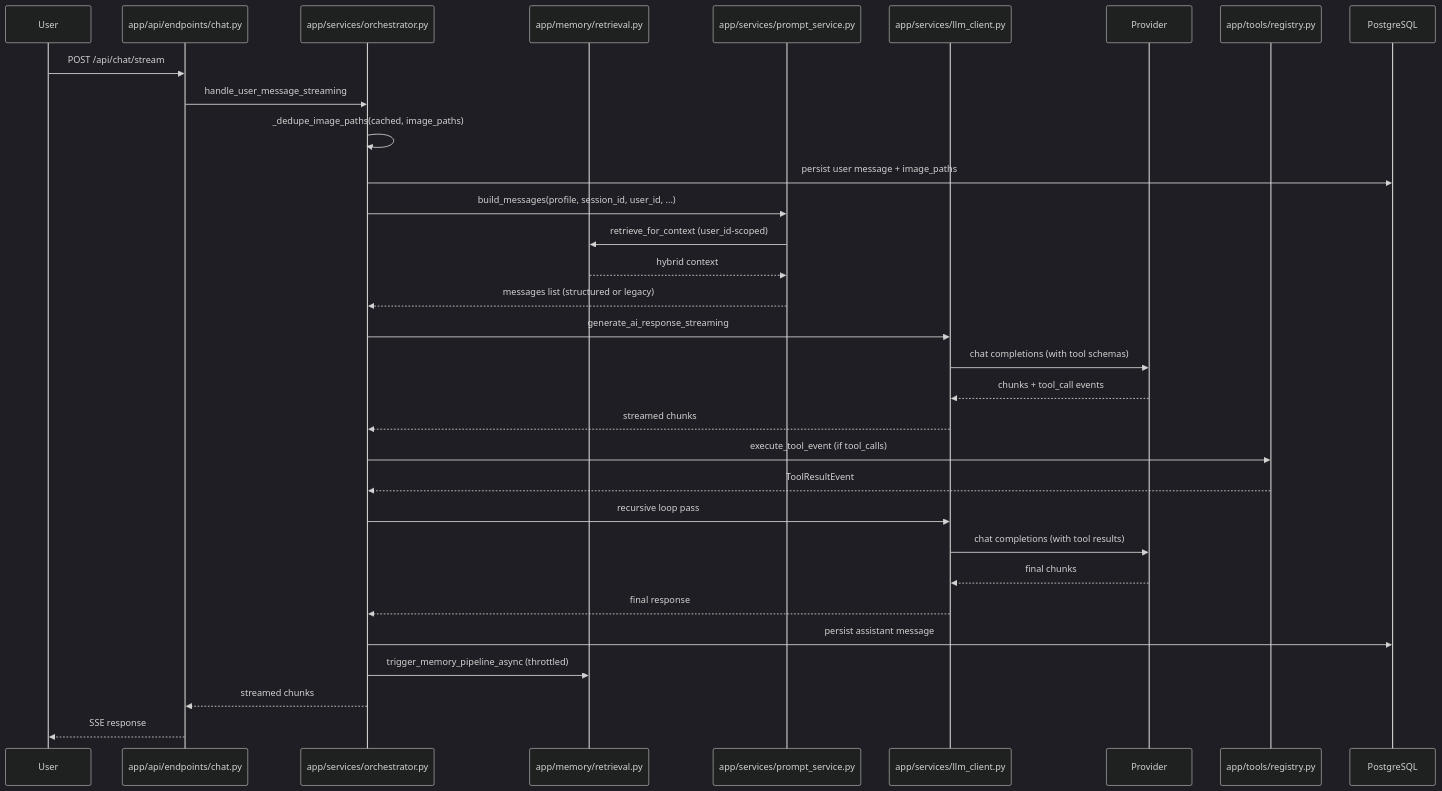
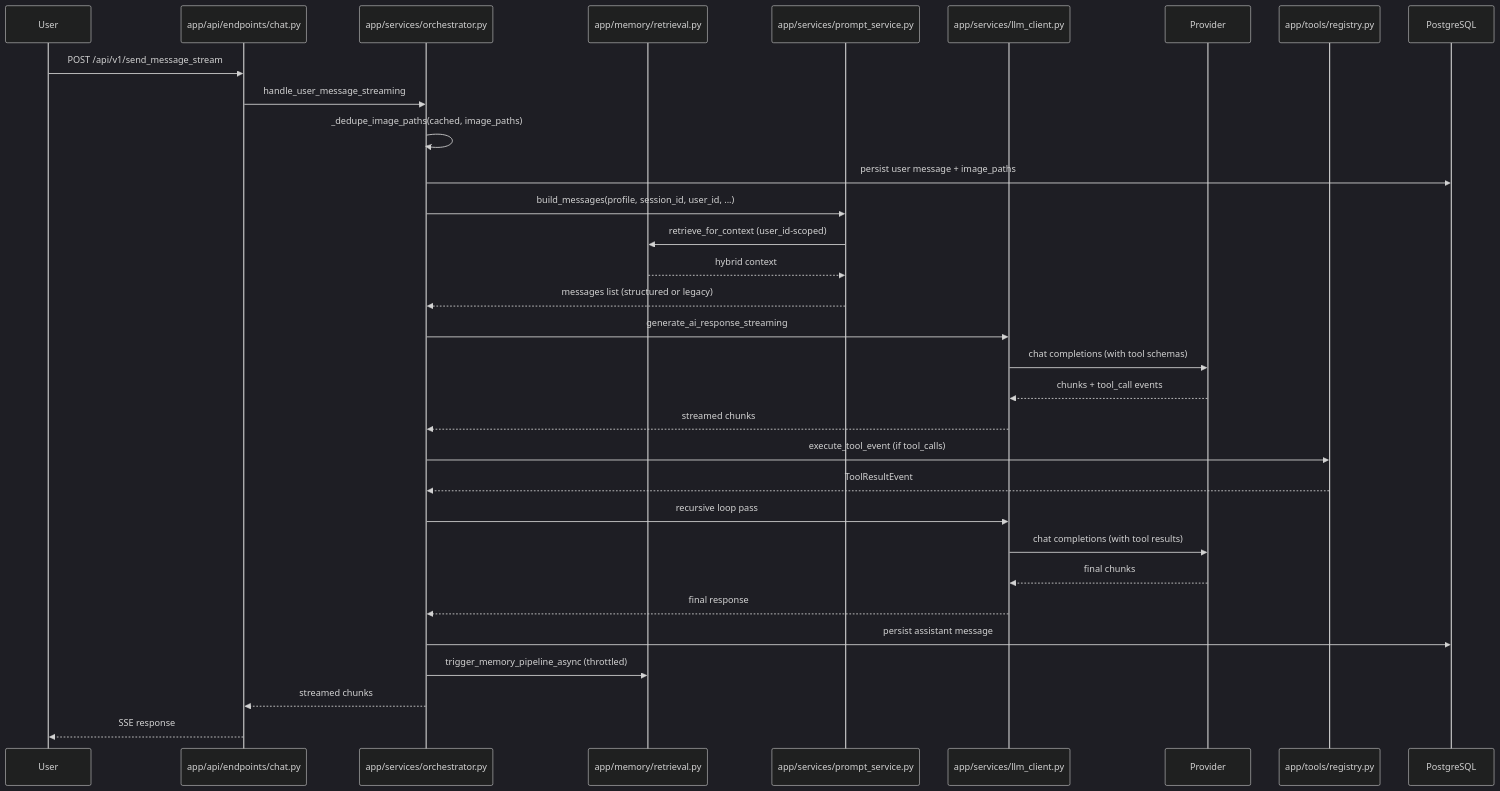
One commit to icedeyes12/yuzu-core changed the seventh of 7 diagrams in app/README.md. Above: the diagram before and after it, drawn with Mermaid (dark theme). The commit also changed other lines of this file and 30 other files, not shown here.

````diff
--- a/app/README.md
+++ b/app/README.md
@@ -542,35 +542,35 @@
 ```mermaid
 sequenceDiagram
     participant U as User
     participant API as app/api/endpoints/chat.py
     participant O as app/services/orchestrator.py
     participant M as app/memory/retrieval.py
     participant P as app/services/prompt_service.py
     participant L as app/services/llm_client.py
     participant PV as Provider
     participant T as app/tools/registry.py
     participant DB as PostgreSQL
 
-    U->>API: POST /api/chat/stream
+    U->>API: POST /api/v1/send_message_stream
     API->>O: handle_user_message_streaming
     O->>O: _dedupe_image_paths(cached, image_paths)
     O->>DB: persist user message + image_paths
     O->>P: build_messages(profile, session_id, user_id, ...)
     P->>M: retrieve_for_context (user_id-scoped)
     M-->>P: hybrid context
     P-->>O: messages list (structured or legacy)
     O->>L: generate_ai_response_streaming
     L->>PV: chat completions (with tool schemas)
     PV-->>L: chunks + tool_call events
     L-->>O: streamed chunks
     O->>T: execute_tool_event (if tool_calls)
     T-->>O: ToolResultEvent
     O->>L: recursive loop pass
     L->>PV: chat completions (with tool results)
     PV-->>L: final chunks
     L-->>O: final response
     O->>DB: persist assistant message
     O->>M: trigger_memory_pipeline_async (throttled)
     O-->>API: streamed chunks
     API-->>U: SSE response
 ```
````
